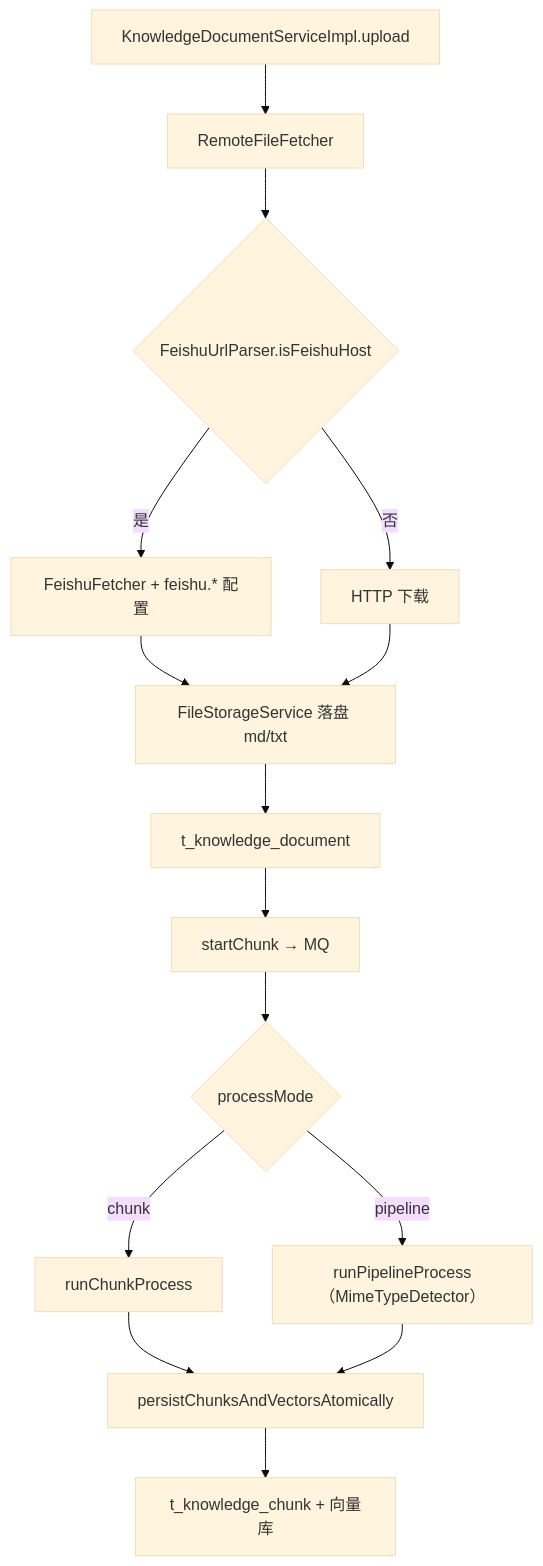
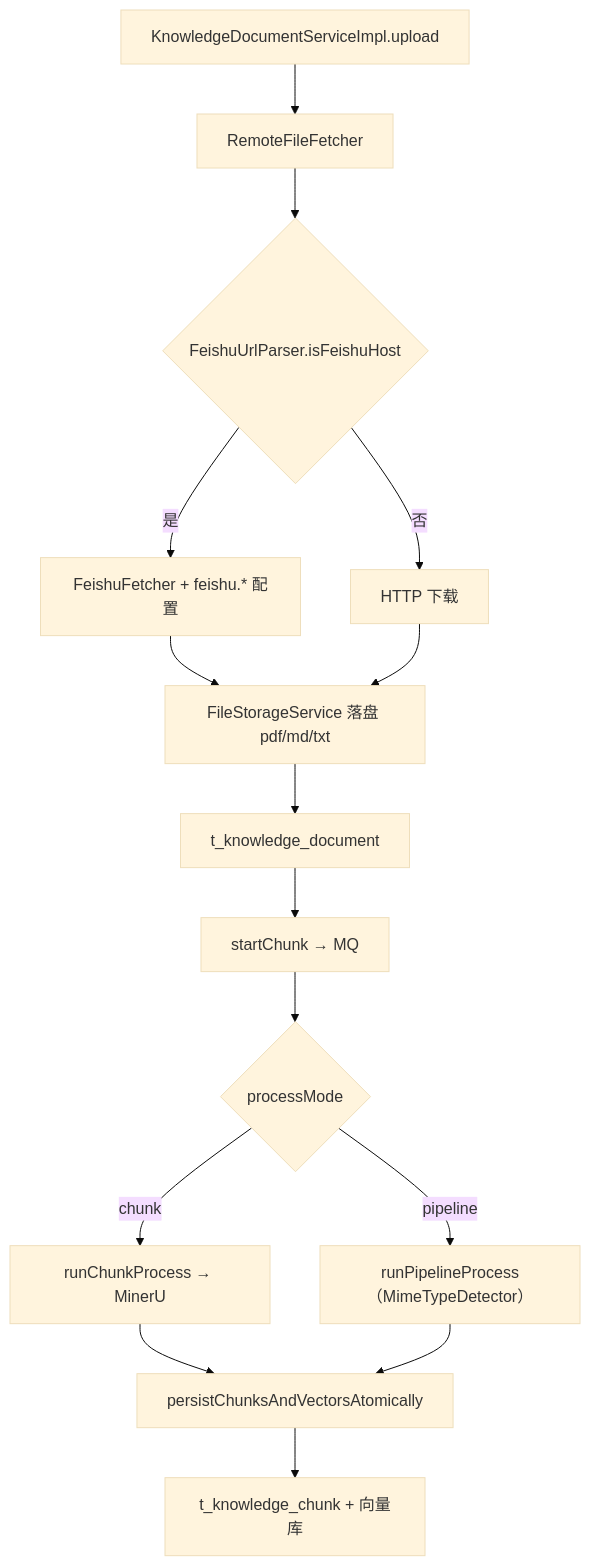
One commit to ZhaoWeijunX/ragent changed the second of 3 diagrams in docs/feishu-wiki-integration.md. Above: the diagram before and after it, drawn with Mermaid (base theme). The commit also changed other lines of this file and 13 other files, not shown here.

Commit message:
feat(feishu): switch default doc format from markdown to PDF with configurable fallback

````diff
--- a/docs/feishu-wiki-integration.md
+++ b/docs/feishu-wiki-integration.md
@@ -100,17 +108,17 @@
 ```mermaid
 flowchart TD
     upload[KnowledgeDocumentServiceImpl.upload] --> rf[RemoteFileFetcher]
     rf --> detect{FeishuUrlParser.isFeishuHost}
     detect -->|否| http[HTTP 下载]
     detect -->|是| feishu[FeishuFetcher + feishu.* 配置]
-    feishu --> store[FileStorageService 落盘 md/txt]
+    feishu --> store[FileStorageService 落盘 pdf/md/txt]
     http --> store
     store --> docRow[t_knowledge_document]
     docRow --> chunkMQ[startChunk → MQ]
     chunkMQ --> mode{processMode}
-    mode -->|chunk| chunkPath[runChunkProcess]
+    mode -->|chunk| chunkPath[runChunkProcess → MinerU]
     mode -->|pipeline| pipePath["runPipelineProcess（MimeTypeDetector）"]
     chunkPath --> persist[persistChunksAndVectorsAtomically]
     pipePath --> persist
     persist --> tables["t_knowledge_chunk + 向量库"]
 ```
````
